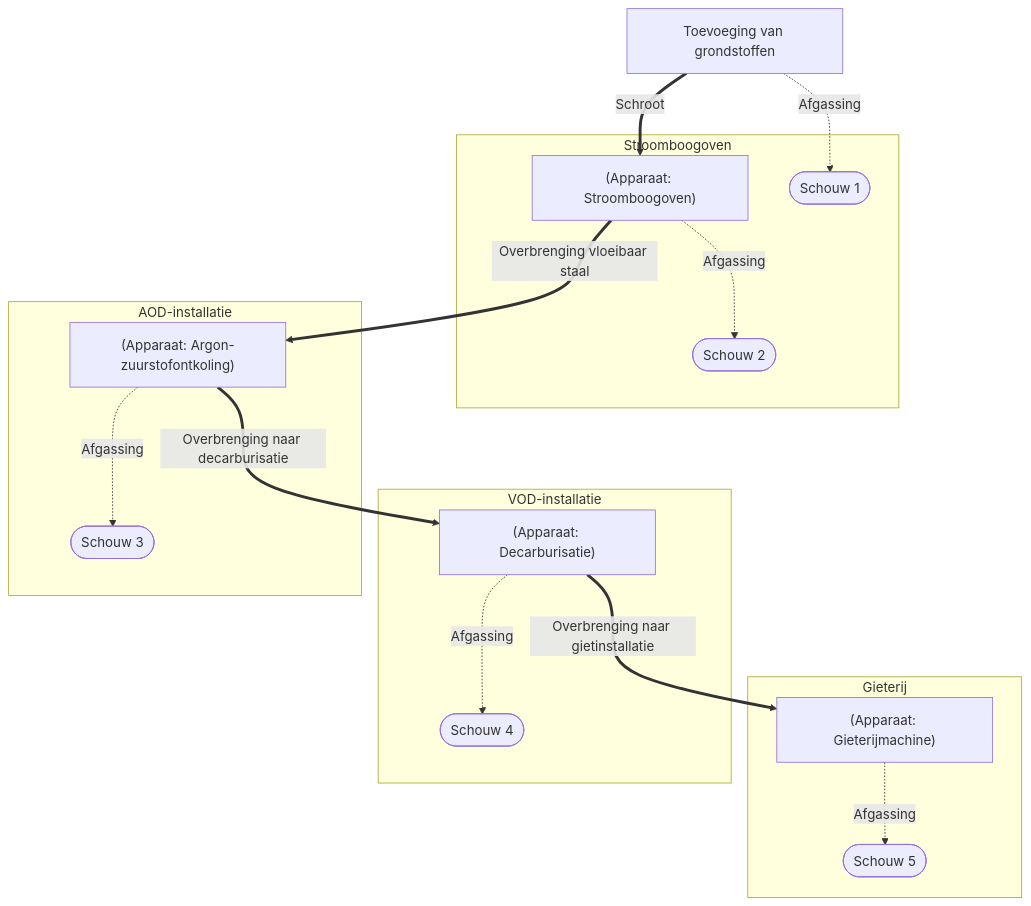
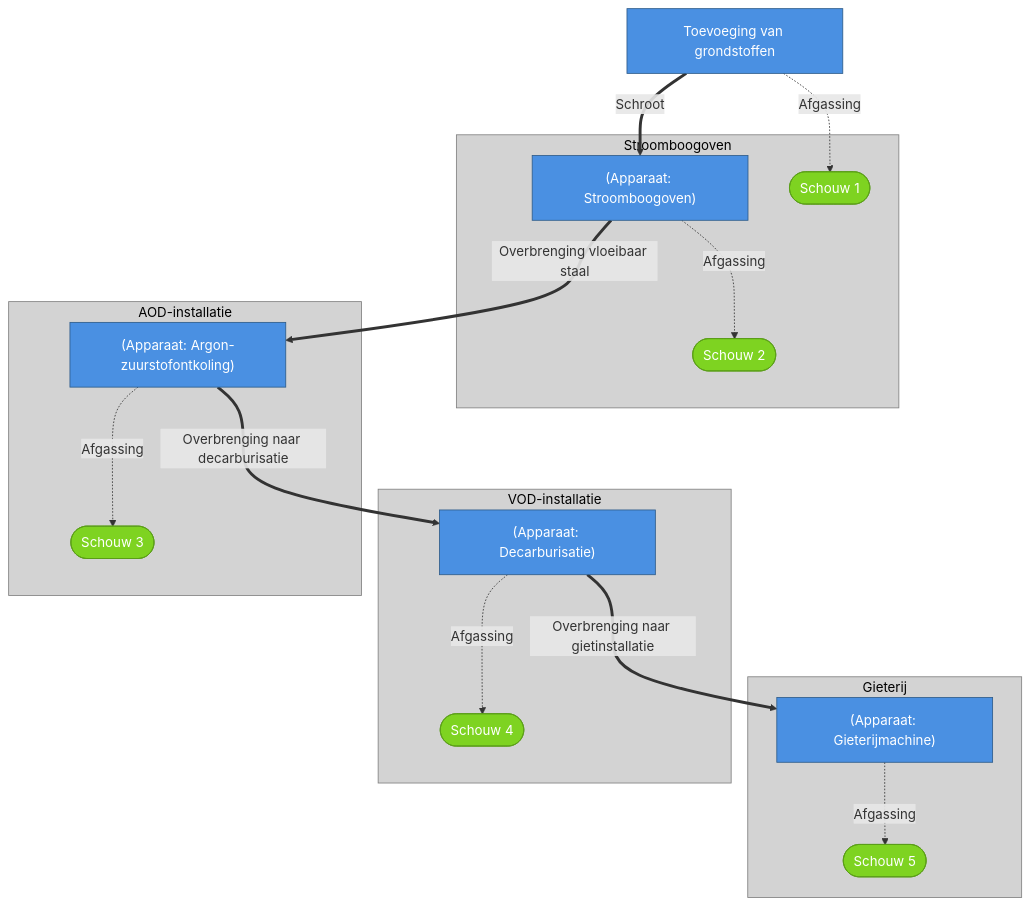
Before and after one commit to milieuinfo/RIE-IEPR: the diagram in documentatie/bin/activiteit-visualisatie/staalfabriek.mmd, drawn with Mermaid. The commit also changed 3 other files, not shown here.

Commit message:
chore: styles graph

```diff
--- a/documentatie/bin/activiteit-visualisatie/staalfabriek.mmd
+++ b/documentatie/bin/activiteit-visualisatie/staalfabriek.mmd
@@ -1,38 +1,52 @@
 flowchart TD
     step0["Toevoeging van grondstoffen"]
+    style step0 fill:#4A90E2,stroke:#2E5C8A,color:#fff
     step3["(Apparaat: Stroomboogoven)"]
+    style step3 fill:#4A90E2,stroke:#2E5C8A,color:#fff
     step6["(Apparaat: Argon-zuurstofontkoling)"]
+    style step6 fill:#4A90E2,stroke:#2E5C8A,color:#fff
     step9["(Apparaat: Decarburisatie)"]
+    style step9 fill:#4A90E2,stroke:#2E5C8A,color:#fff
     step12["(Apparaat: Gieterijmachine)"]
+    style step12 fill:#4A90E2,stroke:#2E5C8A,color:#fff
     emissiepunt0(["Schouw 1"])
     emissiepunt1(["Schouw 2"])
     emissiepunt2(["Schouw 3"])
     emissiepunt3(["Schouw 4"])
     emissiepunt4(["Schouw 5"])
     subgraph Stroomboogoven
         emissiepunt0
+        style emissiepunt0 fill:#7ED321,stroke:#5A9E17,color:#fff
         step3
         emissiepunt1
+        style emissiepunt1 fill:#7ED321,stroke:#5A9E17,color:#fff
     end
+    style Stroomboogoven fill:#D3D3D3,stroke:#808080,color:#000
     subgraph Gieterij
         step12
         emissiepunt4
+        style emissiepunt4 fill:#7ED321,stroke:#5A9E17,color:#fff
     end
+    style Gieterij fill:#D3D3D3,stroke:#808080,color:#000
     subgraph VOD-installatie
         step9
         emissiepunt3
+        style emissiepunt3 fill:#7ED321,stroke:#5A9E17,color:#fff
     end
+    style VOD-installatie fill:#D3D3D3,stroke:#808080,color:#000
     subgraph AOD-installatie
         step6
         emissiepunt2
+        style emissiepunt2 fill:#7ED321,stroke:#5A9E17,color:#fff
     end
+    style AOD-installatie fill:#D3D3D3,stroke:#808080,color:#000
 
     step0 -.->|Afgassing| emissiepunt0
     step0 ==>|Schroot| step3
     step3 -.->|Afgassing| emissiepunt1
     step3 ==>|Overbrenging vloeibaar staal| step6
     step6 -.->|Afgassing| emissiepunt2
     step6 ==>|Overbrenging naar decarburisatie| step9
     step9 -.->|Afgassing| emissiepunt3
     step9 ==>|Overbrenging naar gietinstallatie| step12
     step12 -.->|Afgassing| emissiepunt4
```
